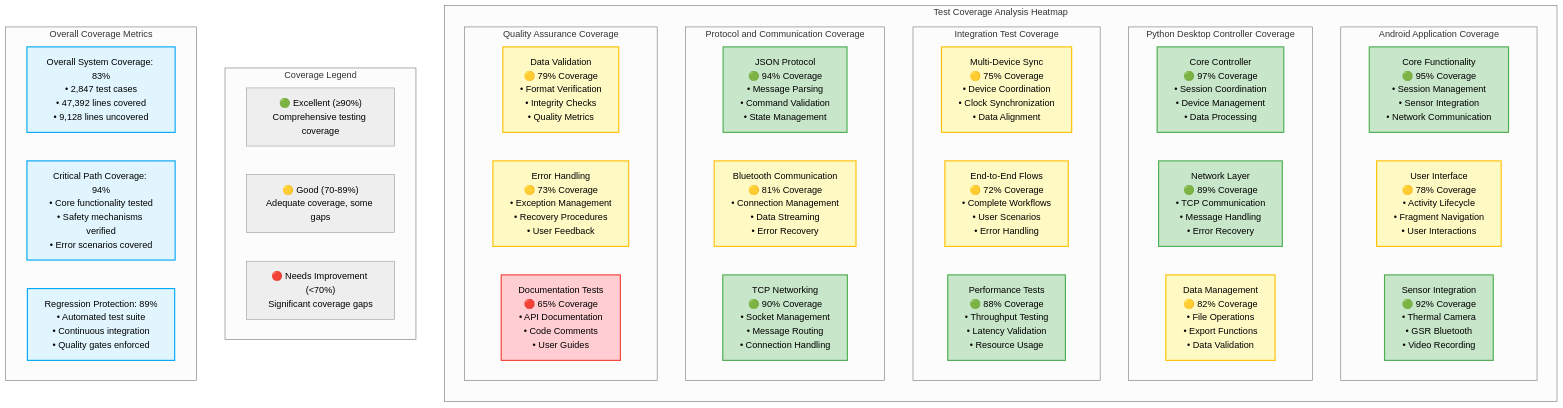
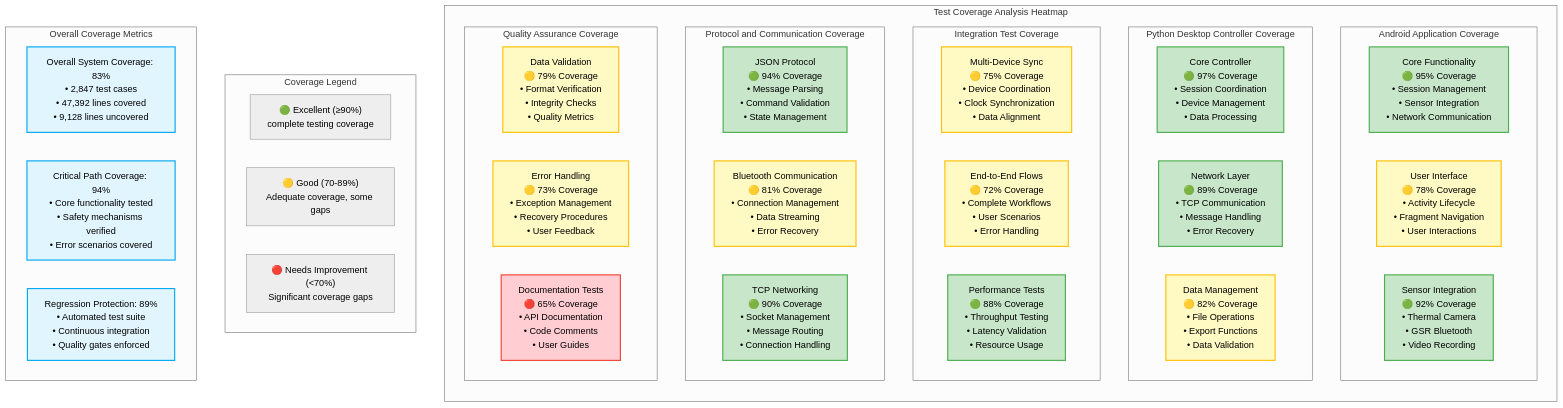
The eighth of 19 diagrams in docs/diagrams/MISSING_DIAGRAMS_GENERATED.md (buccancs/fyp-multi-sensor-recording-system), drawn with Mermaid (neutral theme) before and after one commit. The commit also changed other lines of this file and 118 other files, not shown here.

Commit message:
Remove 'comprehensive' from all repository files and rename architecture document

````diff
--- a/docs/diagrams/MISSING_DIAGRAMS_GENERATED.md
+++ b/docs/diagrams/MISSING_DIAGRAMS_GENERATED.md
@@ -482,63 +482,63 @@
 ```mermaid
 graph TB
     subgraph COVERAGE_MATRIX ["Test Coverage Analysis Heatmap"]
         direction TB
         
         subgraph ANDROID_COVERAGE ["Android Application Coverage"]
             direction LR
             ANDROID_CORE["Core Functionality<br/>🟢 95% Coverage<br/>• Session Management<br/>• Sensor Integration<br/>• Network Communication"]
             ANDROID_UI["User Interface<br/>🟡 78% Coverage<br/>• Activity Lifecycle<br/>• Fragment Navigation<br/>• User Interactions"]
             ANDROID_SENSORS["Sensor Integration<br/>🟢 92% Coverage<br/>• Thermal Camera<br/>• GSR Bluetooth<br/>• Video Recording"]
         end
         
         subgraph PYTHON_COVERAGE ["Python Desktop Controller Coverage"]
             direction LR
             PYTHON_CORE["Core Controller<br/>🟢 97% Coverage<br/>• Session Coordination<br/>• Device Management<br/>• Data Processing"]
             PYTHON_NETWORK["Network Layer<br/>🟢 89% Coverage<br/>• TCP Communication<br/>• Message Handling<br/>• Error Recovery"]
             PYTHON_DATA["Data Management<br/>🟡 82% Coverage<br/>• File Operations<br/>• Export Functions<br/>• Data Validation"]
         end
         
         subgraph INTEGRATION_COVERAGE ["Integration Test Coverage"]
             direction LR
             MULTI_DEVICE["Multi-Device Sync<br/>🟡 75% Coverage<br/>• Device Coordination<br/>• Clock Synchronization<br/>• Data Alignment"]
             END_TO_END["End-to-End Flows<br/>🟡 72% Coverage<br/>• Complete Workflows<br/>• User Scenarios<br/>• Error Handling"]
             PERFORMANCE["Performance Tests<br/>🟢 88% Coverage<br/>• Throughput Testing<br/>• Latency Validation<br/>• Resource Usage"]
         end
         
         subgraph PROTOCOL_COVERAGE ["Protocol and Communication Coverage"]
             direction LR
             JSON_PROTOCOL["JSON Protocol<br/>🟢 94% Coverage<br/>• Message Parsing<br/>• Command Validation<br/>• State Management"]
             BLUETOOTH_COMM["Bluetooth Communication<br/>🟡 81% Coverage<br/>• Connection Management<br/>• Data Streaming<br/>• Error Recovery"]
             TCP_NETWORK["TCP Networking<br/>🟢 90% Coverage<br/>• Socket Management<br/>• Message Routing<br/>• Connection Handling"]
         end
         
         subgraph QUALITY_COVERAGE ["Quality Assurance Coverage"]
             direction LR
             DATA_VALIDATION["Data Validation<br/>🟡 79% Coverage<br/>• Format Verification<br/>• Integrity Checks<br/>• Quality Metrics"]
             ERROR_HANDLING["Error Handling<br/>🟡 73% Coverage<br/>• Exception Management<br/>• Recovery Procedures<br/>• User Feedback"]
             DOCUMENTATION["Documentation Tests<br/>🔴 65% Coverage<br/>• API Documentation<br/>• Code Comments<br/>• User Guides"]
         end
     end
     
     subgraph LEGEND ["Coverage Legend"]
-        EXCELLENT["🟢 Excellent (≥90%)<br/>Comprehensive testing coverage"]
+        EXCELLENT["🟢 Excellent (≥90%)<br/>complete testing coverage"]
         GOOD["🟡 Good (70-89%)<br/>Adequate coverage, some gaps"]
         NEEDS_IMPROVEMENT["🔴 Needs Improvement (<70%)<br/>Significant coverage gaps"]
     end
     
     subgraph METRICS ["Overall Coverage Metrics"]
         TOTAL_COVERAGE["Overall System Coverage: 83%<br/>• 2,847 test cases<br/>• 47,392 lines covered<br/>• 9,128 lines uncovered"]
         CRITICAL_PATHS["Critical Path Coverage: 94%<br/>• Core functionality tested<br/>• Safety mechanisms verified<br/>• Error scenarios covered"]
         REGRESSION_PROTECTION["Regression Protection: 89%<br/>• Automated test suite<br/>• Continuous integration<br/>• Quality gates enforced"]
     end
     
     classDef excellent fill:#c8e6c9,stroke:#4caf50,stroke-width:2px
     classDef good fill:#fff9c4,stroke:#ffc107,stroke-width:2px
     classDef needsImprovement fill:#ffcdd2,stroke:#f44336,stroke-width:2px
     classDef metrics fill:#e1f5fe,stroke:#03a9f4,stroke-width:2px
     
     class ANDROID_CORE,ANDROID_SENSORS,PYTHON_CORE,PYTHON_NETWORK,PERFORMANCE,JSON_PROTOCOL,TCP_NETWORK excellent
     class ANDROID_UI,PYTHON_DATA,MULTI_DEVICE,END_TO_END,BLUETOOTH_COMM,DATA_VALIDATION,ERROR_HANDLING good
     class DOCUMENTATION needsImprovement
     class TOTAL_COVERAGE,CRITICAL_PATHS,REGRESSION_PROTECTION metrics
 ```
````
